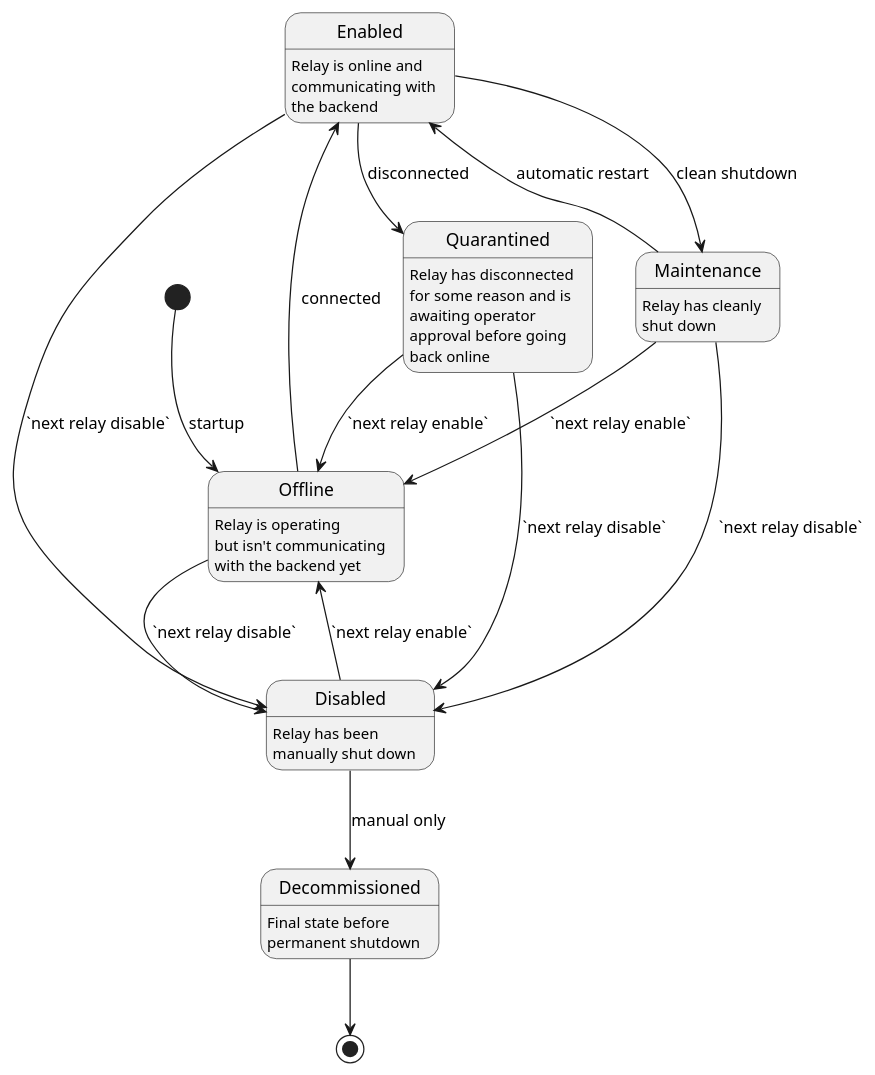
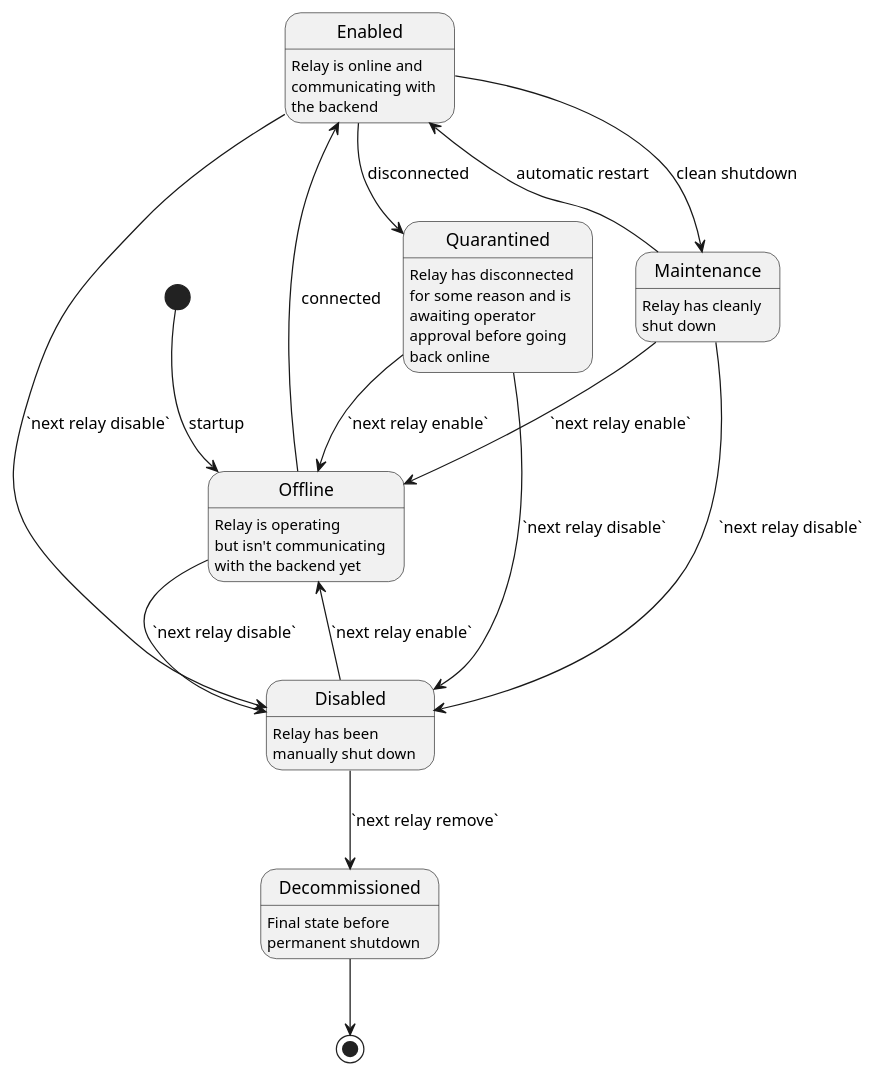
The diagram in .diagrams/relay-state.plantuml (networknext/next), drawn with PlantUML before and after one commit. The commit also changed 4 other files, not shown here.

Commit message:
Cleaned up plantuml diagrams and added one for storage entities

```diff
--- a/.diagrams/relay-state.plantuml
+++ b/.diagrams/relay-state.plantuml
@@ -1,23 +1,23 @@
-@startuml
+@startuml Relay States
 Enabled : Relay is online and\ncommunicating with\nthe backend
-    Offline : Relay is operating\nbut isn't communicating\nwith the backend yet
-    Quarantined : Relay has disconnected\nfor some reason and is\nawaiting operator\napproval before going\nback online
-    Maintenance : Relay has cleanly\nshut down
-    Disabled : Relay has been\nmanually shut down
-    Decommissioned : Final state before\npermanent shutdown
+Offline : Relay is operating\nbut isn't communicating\nwith the backend yet
+Quarantined : Relay has disconnected\nfor some reason and is\nawaiting operator\napproval before going\nback online
+Maintenance : Relay has cleanly\nshut down
+Disabled : Relay has been\nmanually shut down
+Decommissioned : Final state before\npermanent shutdown
 
-    [*] --> Offline : startup
-    Offline --> Enabled : connected
-    Offline --> Disabled : `next relay disable`
-    Enabled --> Quarantined : disconnected
-    Enabled --> Maintenance : clean shutdown
-    Enabled --> Disabled : `next relay disable`
-    Maintenance --> Enabled : automatic restart
-    Maintenance --> Offline : `next relay enable`
-    Quarantined --> Offline : `next relay enable`
-    Quarantined --> Disabled : `next relay disable`
-    Maintenance --> Disabled : `next relay disable`
-    Disabled --> Offline : `next relay enable`
-    Disabled --> Decommissioned : manual only
-    Decommissioned --> [*]
+[*] --> Offline : startup
+Offline --> Enabled : connected
+Offline --> Disabled : `next relay disable`
+Enabled --> Quarantined : disconnected
+Enabled --> Maintenance : clean shutdown
+Enabled --> Disabled : `next relay disable`
+Maintenance --> Enabled : automatic restart
+Maintenance --> Offline : `next relay enable`
+Quarantined --> Offline : `next relay enable`
+Quarantined --> Disabled : `next relay disable`
+Maintenance --> Disabled : `next relay disable`
+Disabled --> Offline : `next relay enable`
+Disabled --> Decommissioned : `next relay remove`
+Decommissioned --> [*]
 @enduml
```
